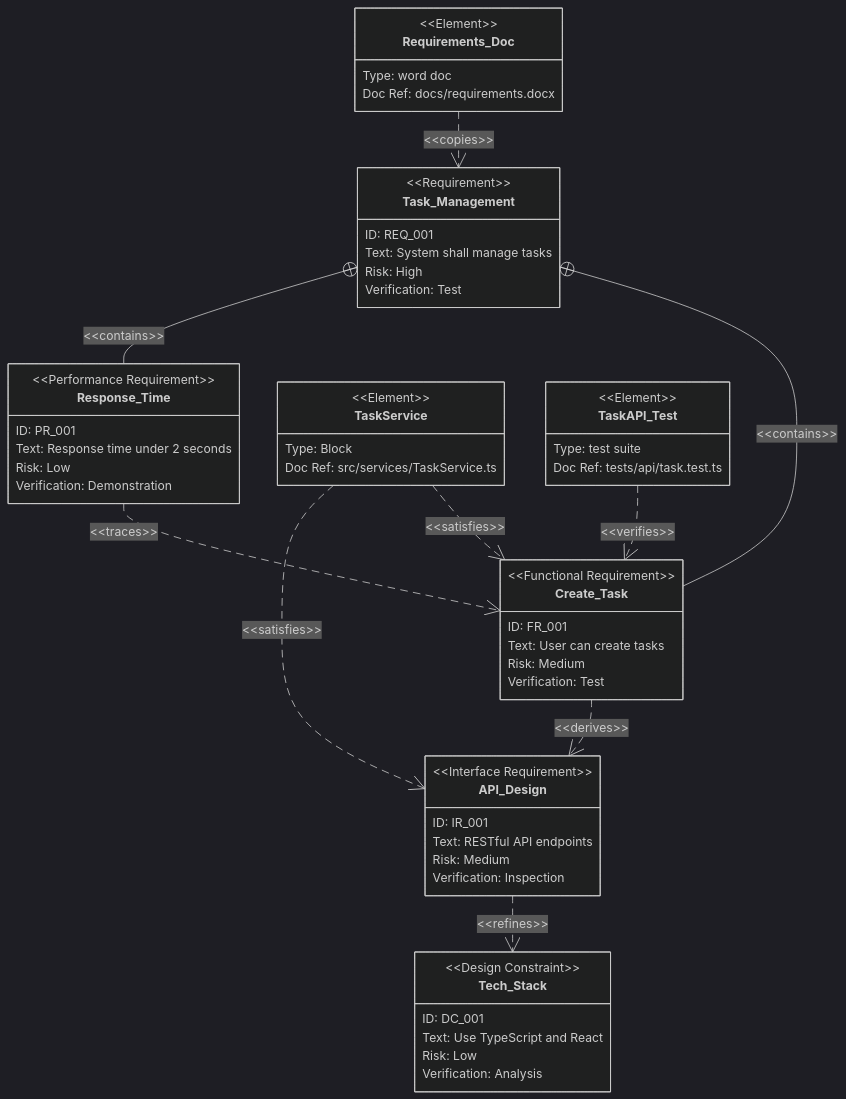
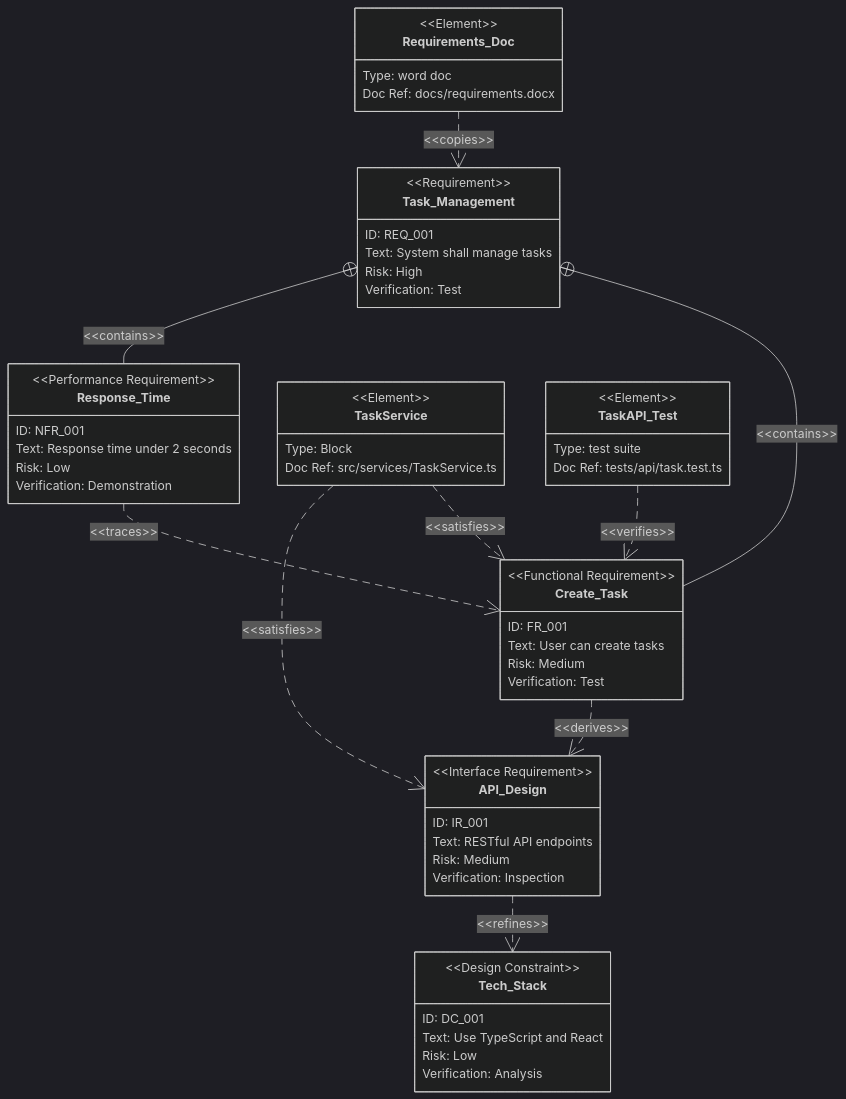
Diagram 49 of 51 in plugins/sdd-workflow/shared/references/mermaid_notation_rules.md (ToshikiImagawa/ai-sdd-workflow-dev), drawn with Mermaid before and after one commit. The commit also changed 21 other files, not shown here.

````diff
--- a/plugins/sdd-workflow/shared/references/mermaid_notation_rules.md
+++ b/plugins/sdd-workflow/shared/references/mermaid_notation_rules.md
@@ -1000,63 +1000,63 @@
 ```mermaid
 %%{init: {'theme': 'dark'}}%%
 requirementDiagram
     requirement Task_Management {
         id: REQ_001
         text: "System shall manage tasks"
         risk: high
         verifymethod: test
     }
 
     functionalRequirement Create_Task {
         id: FR_001
         text: "User can create tasks"
         risk: medium
         verifymethod: test
     }
 
     performanceRequirement Response_Time {
-        id: PR_001
+        id: NFR_001
         text: "Response time under 2 seconds"
         risk: low
         verifymethod: demonstration
     }
 
     interfaceRequirement API_Design {
         id: IR_001
         text: "RESTful API endpoints"
         risk: medium
         verifymethod: inspection
     }
 
     designConstraint Tech_Stack {
         id: DC_001
         text: "Use TypeScript and React"
         risk: low
         verifymethod: analysis
     }
 
     element TaskService {
         type: "Block"
         docref: "src/services/TaskService.ts"
     }
 
     element TaskAPI_Test {
         type: "test suite"
         docref: "tests/api/task.test.ts"
     }
 
     element Requirements_Doc {
         type: "word doc"
         docref: "docs/requirements.docx"
     }
 
     Task_Management - contains -> Create_Task
     Task_Management - contains -> Response_Time
     Create_Task - derives -> API_Design
     API_Design - refines -> Tech_Stack
     TaskService - satisfies -> Create_Task
     TaskService - satisfies -> API_Design
     TaskAPI_Test - verifies -> Create_Task
     Requirements_Doc - copies -> Task_Management
     Response_Time - traces -> Create_Task
 ```
````
